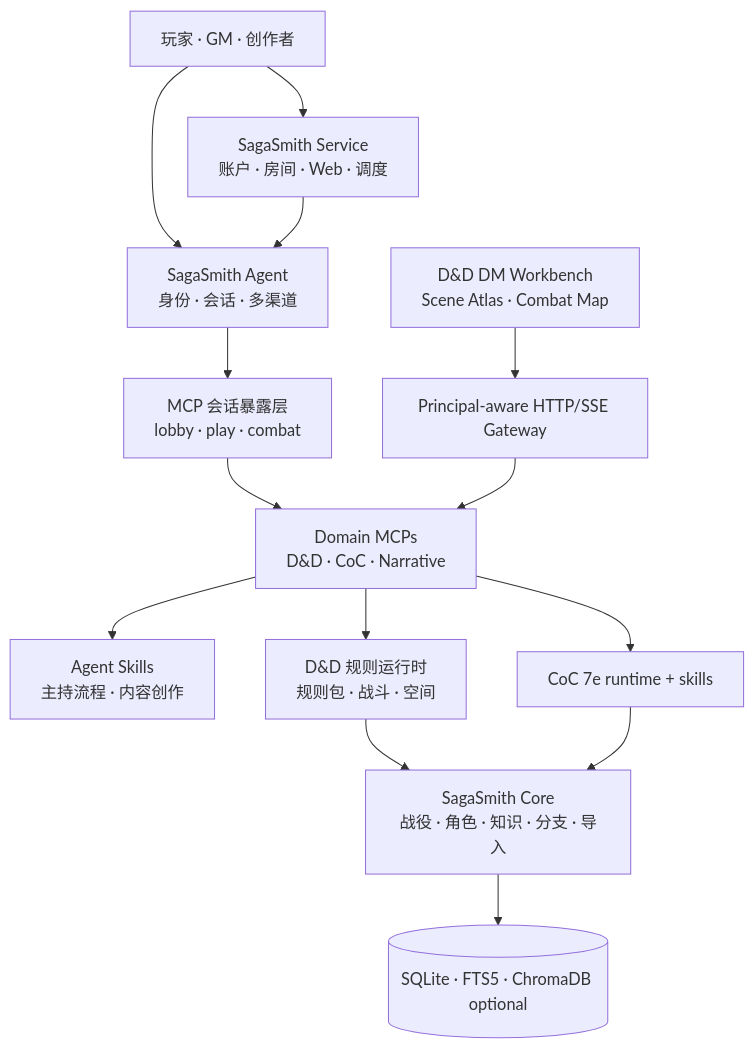
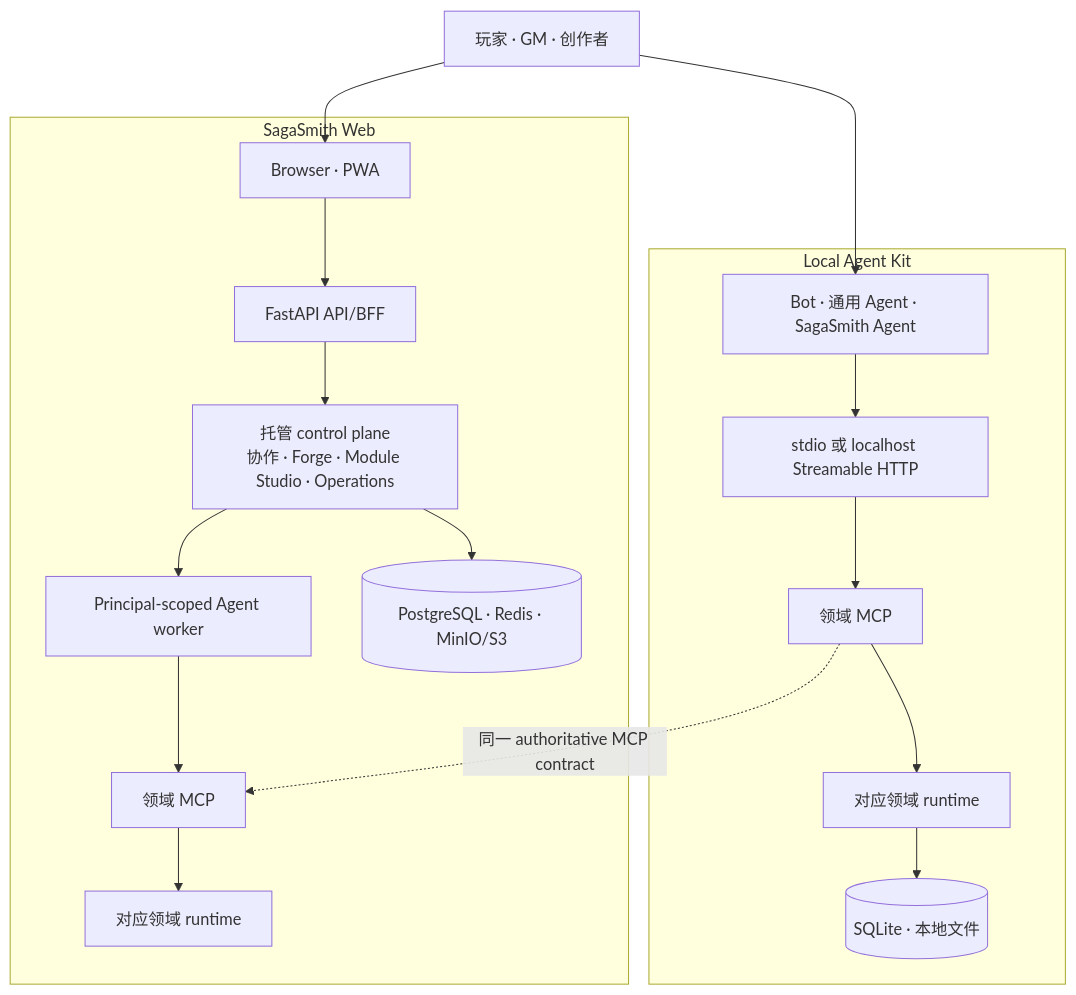
Before and after one commit to SagaSmithAI/.github: the diagram in profile/README.md, drawn with Mermaid. The commit also changed other lines of this file and 7 other files, not shown here.

Commit message:
docs: align SagaSmith product topology (#5)

````diff
--- a/profile/README.md
+++ b/profile/README.md
@@ -42,16 +42,26 @@
 ```mermaid
 flowchart TB
-    H[玩家 · GM · 创作者] --> W[SagaSmith Service<br/>账户 · 房间 · Web · 调度]
-    H --> A[SagaSmith Agent<br/>身份 · 会话 · 多渠道]
-    W --> A
-    A --> X[MCP 会话暴露层<br/>lobby · play · combat]
-    X --> M[Domain MCPs<br/>D&D · CoC · Narrative]
-    M --> S[Agent Skills<br/>主持流程 · 内容创作]
-    M --> D[D&D 规则运行时<br/>规则包 · 战斗 · 空间]
-    D --> C[SagaSmith Core<br/>战役 · 角色 · 知识 · 分支 · 导入]
-    C --> P[(SQLite · FTS5 · ChromaDB optional)]
-    U[D&D DM Workbench<br/>Scene Atlas · Combat Map] --> G[Principal-aware HTTP/SSE Gateway]
-    G --> M
-    M --> R[CoC 7e runtime + skills]
-    R --> C
+    H[玩家 · GM · 创作者]
+    subgraph L[Local Agent Kit]
+      A[Bot · 通用 Agent · SagaSmith Agent]
+      LT[stdio 或 localhost Streamable HTTP]
+      LM[领域 MCP]
+      LR[对应领域 runtime]
+      LS[(SQLite · 本地文件)]
+      A --> LT --> LM --> LR --> LS
+    end
+    subgraph W[SagaSmith Web]
+      B[Browser · PWA]
+      API[FastAPI API/BFF]
+      CP[托管 control plane<br/>协作 · Forge · Module Studio · Operations]
+      AW[Principal-scoped Agent worker]
+      HM[领域 MCP]
+      HR[对应领域 runtime]
+      HS[(PostgreSQL · Redis · MinIO/S3)]
+      B --> API --> CP --> AW --> HM --> HR
+      CP --> HS
+    end
+    H --> A
+    H --> B
+    LM -. 同一 authoritative MCP contract .-> HM
 ```
````
